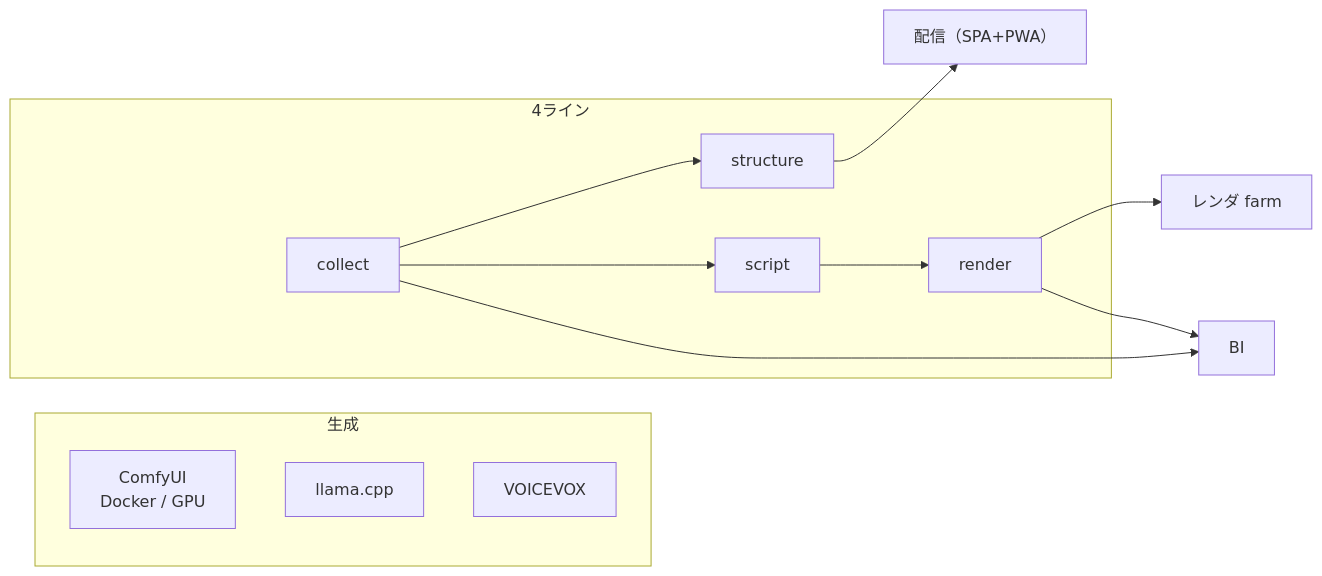
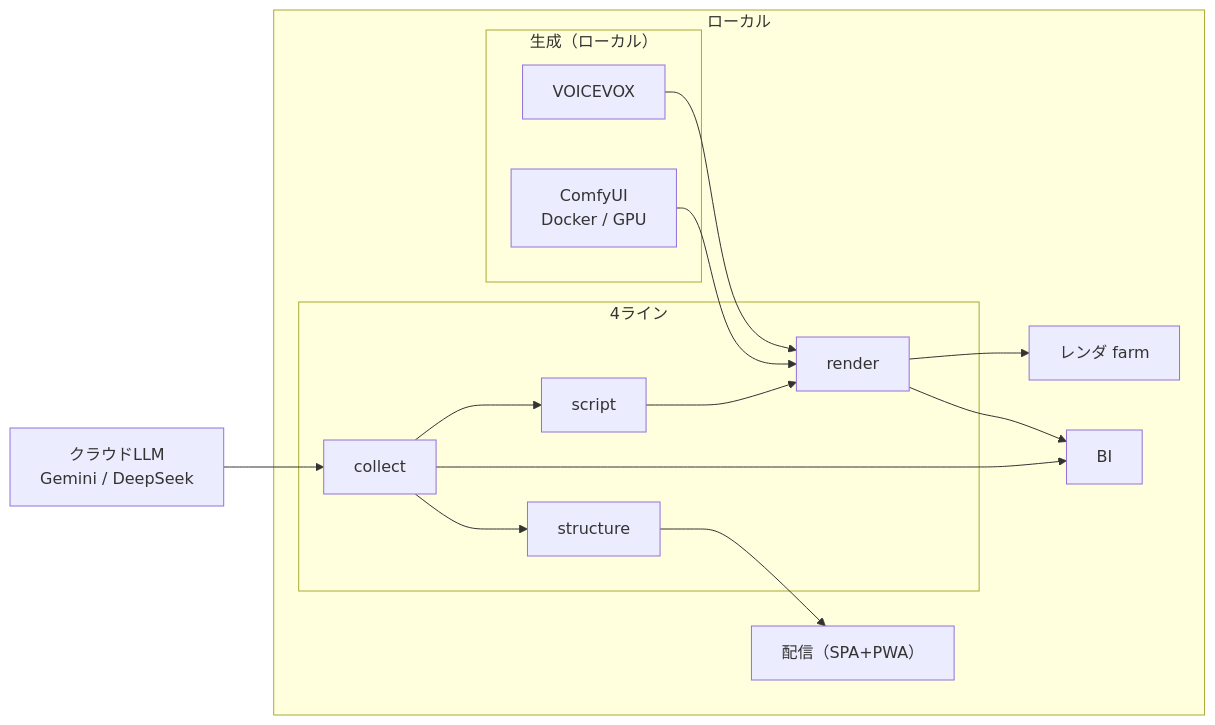
One commit to RintaroMatsumoto/ai-production-line changed the diagram in docs/01-architecture.md. Above: the diagram before and after it, drawn with Mermaid. The commit also changed other lines of this file and 3 other files, not shown here.

````diff
--- a/docs/01-architecture.md
+++ b/docs/01-architecture.md
@@ -13,17 +14,21 @@
 ```mermaid
 flowchart LR
-  subgraph GEN["生成"]
-    C["ComfyUI<br/>Docker / GPU"]
-    L["llama.cpp"]
-    V["VOICEVOX"]
+  CL["クラウドLLM<br/>Gemini / DeepSeek"] --> L1
+  subgraph LOCAL["ローカル"]
+    subgraph GEN["生成（ローカル）"]
+      C["ComfyUI<br/>Docker / GPU"]
+      V["VOICEVOX"]
+    end
+    subgraph PIPE["4ライン"]
+      L1["collect"] --> L2["structure"]
+      L1 --> L3["script"]
+      L3 --> L4["render"]
+    end
+    L2 --> S["配信（SPA+PWA）"]
+    L4 --> R["レンダ farm"]
+    L1 --> BI["BI"]
+    L4 --> BI
   end
-  subgraph PIPE["4ライン"]
-    L1["collect"] --> L2["structure"]
-    L1 --> L3["script"]
-    L3 --> L4["render"]
-  end
-  L2 --> S["配信（SPA+PWA）"]
-  L4 --> R["レンダ farm"]
-  L1 --> BI["BI"]
-  L4 --> BI
+  C --> L4
+  V --> L4
 ```
````
